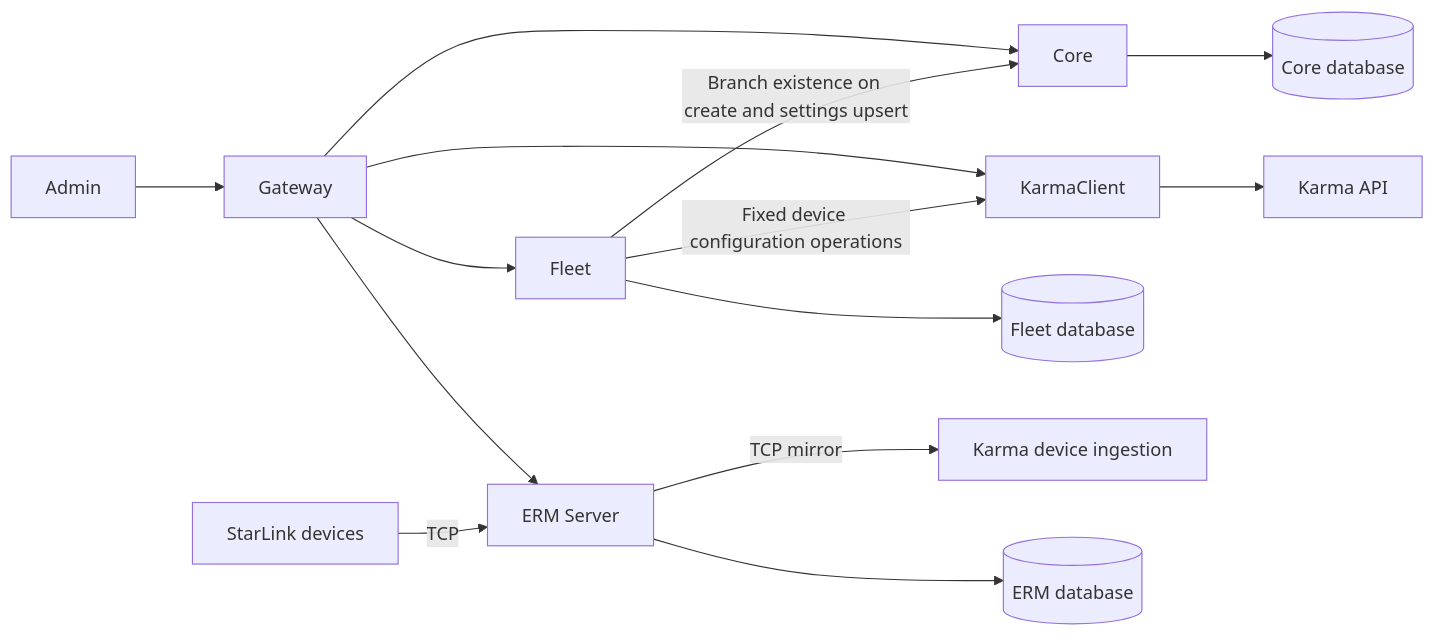
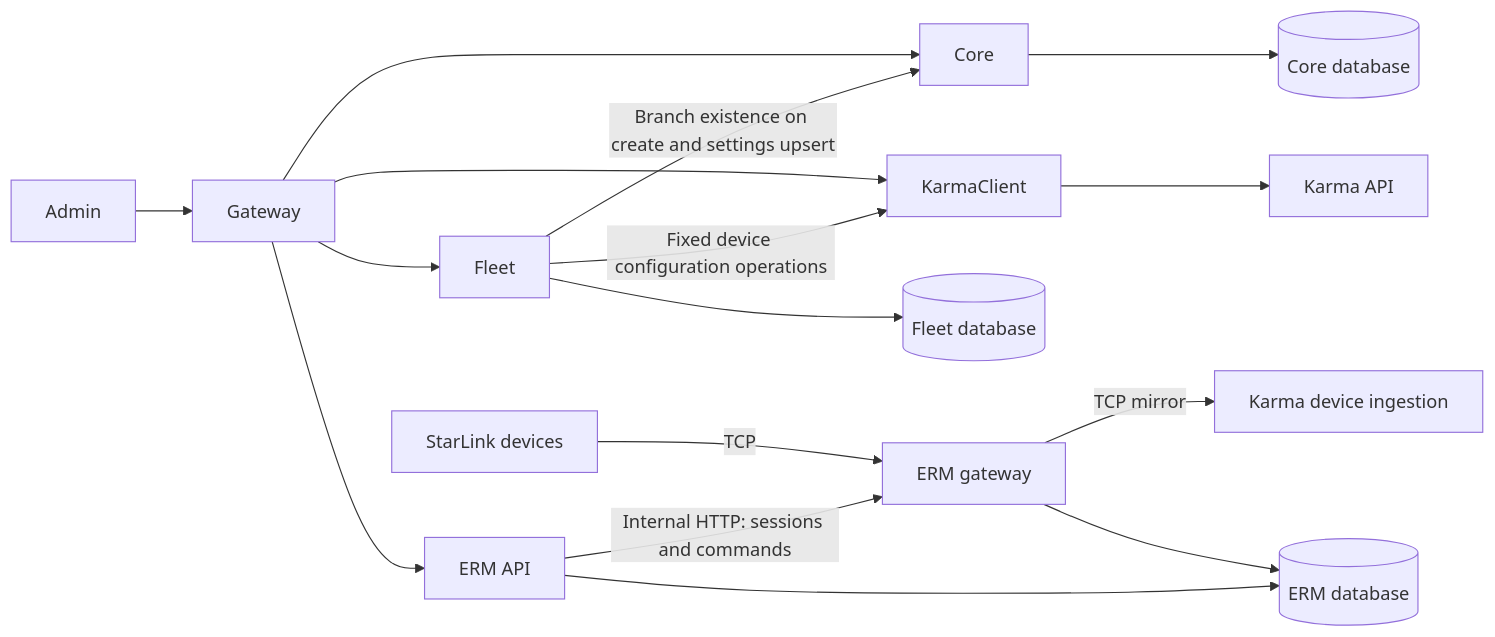
Before and after one commit to agavazov/holita: the diagram in docs/architecture/overview.md, drawn with Mermaid. The commit also changed other lines of this file and 225 other files, not shown here.

First line of the commit message:
docs: archive Karma, merge the ERM plans into one roadmap and add ADR 0007

````diff
--- a/docs/architecture/overview.md
+++ b/docs/architecture/overview.md
@@ -64,16 +63,18 @@
 ```mermaid
 flowchart LR
   Admin --> Gateway
   Gateway --> Core
   Gateway --> Fleet
   Gateway --> KarmaClient
   Gateway --> ERMServer
   KarmaClient --> KarmaAPI[Karma API]
   Fleet -->|Fixed device configuration operations| KarmaClient
   Core --> CoreDB[(Core database)]
   Fleet --> FleetDB[(Fleet database)]
   Fleet -->|Branch existence on create and settings upsert| Core
-  Devices[StarLink devices] -->|TCP| ERMServer[ERM Server]
-  ERMServer -->|TCP mirror| KarmaIngestion[Karma device ingestion]
-  ERMServer --> ERMDB[(ERM database)]
+  Devices[StarLink devices] -->|TCP| ERMGateway[ERM gateway]
+  ERMServer[ERM API] -->|Internal HTTP: sessions and commands| ERMGateway
+  ERMGateway -->|TCP mirror| KarmaIngestion[Karma device ingestion]
+  ERMGateway --> ERMDB[(ERM database)]
+  ERMServer --> ERMDB
 ```
````
